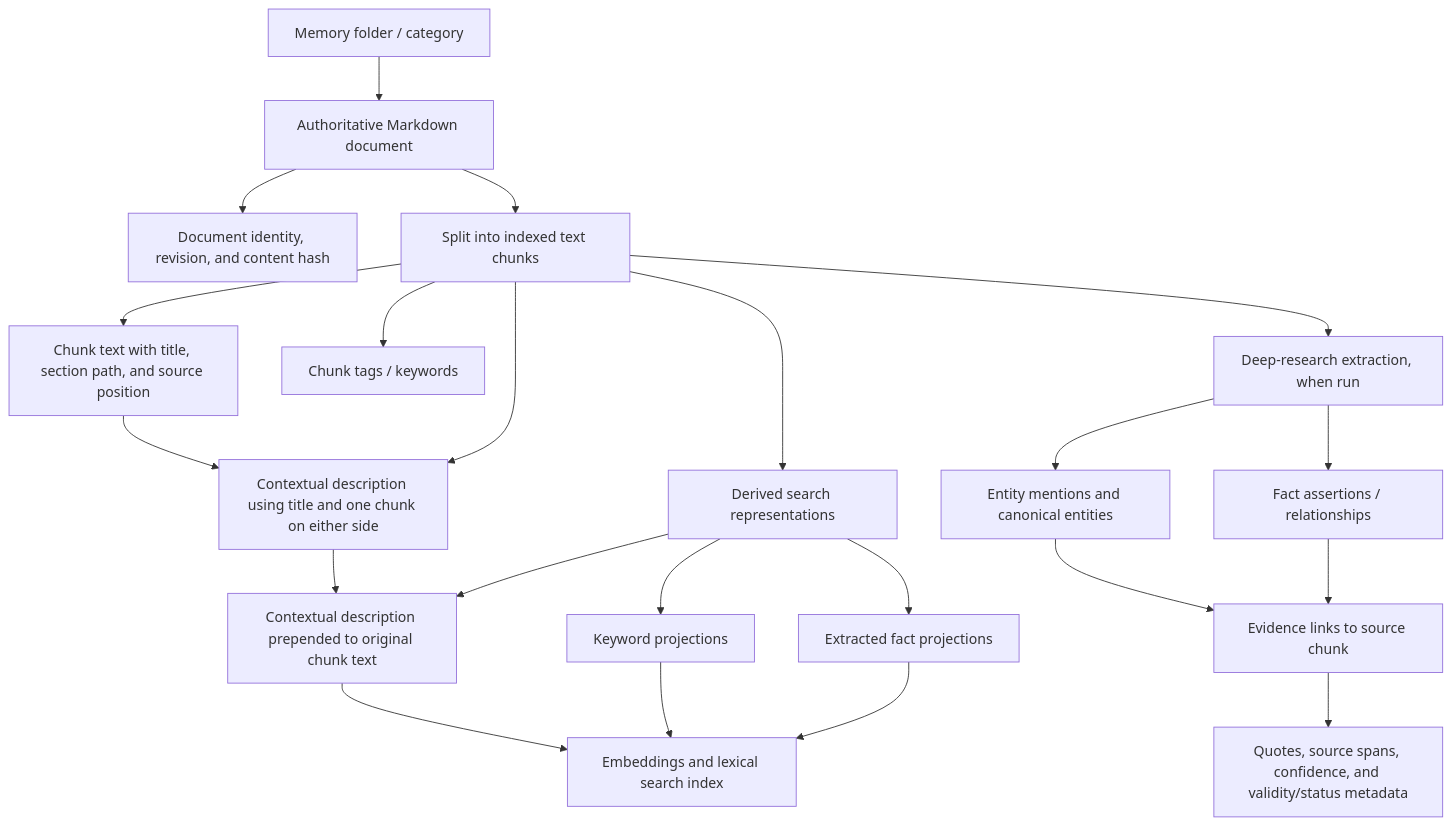
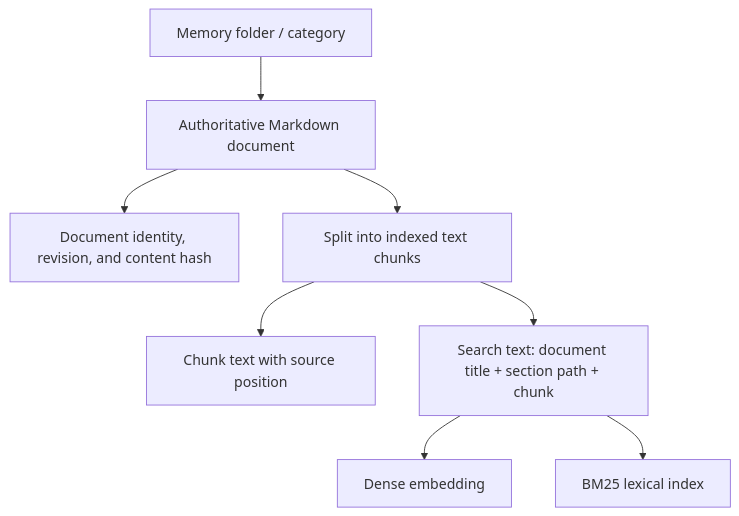
One commit to Cynosure-AI/cynosure-app changed the fourth of 4 diagrams in ARCHITECTURE.md. Above: the diagram before and after it, drawn with Mermaid. The commit also changed other lines of this file and 307 other files, not shown here.

````diff
--- a/ARCHITECTURE.md
+++ b/ARCHITECTURE.md
@@ -95,24 +95,10 @@
 ```mermaid
 flowchart TD
   A[Memory folder / category] --> B[Authoritative Markdown document]
   B --> C[Document identity, revision, and content hash]
   B --> D[Split into indexed text chunks]
-  D --> E[Chunk text with title, section path, and source position]
-  D --> F[Chunk tags / keywords]
-  E --> G[Contextual description using title and one chunk on either side]
-  D --> G
-  D --> H[Derived search representations]
-  H --> H1[Contextual description prepended to original chunk text]
-  G --> H1
-  H --> H2[Keyword projections]
-  H --> H3[Extracted fact projections]
-  H1 --> I[Embeddings and lexical search index]
-  H2 --> I
-  H3 --> I
-  D --> J[Deep-research extraction, when run]
-  J --> K[Entity mentions and canonical entities]
-  J --> L[Fact assertions / relationships]
-  K --> M[Evidence links to source chunk]
-  L --> M
-  M --> N[Quotes, source spans, confidence, and validity/status metadata]
+  D --> E[Chunk text with source position]
+  D --> F[Search text: document title + section path + chunk]
+  F --> G[Dense embedding]
+  F --> H[BM25 lexical index]
 ```
````
